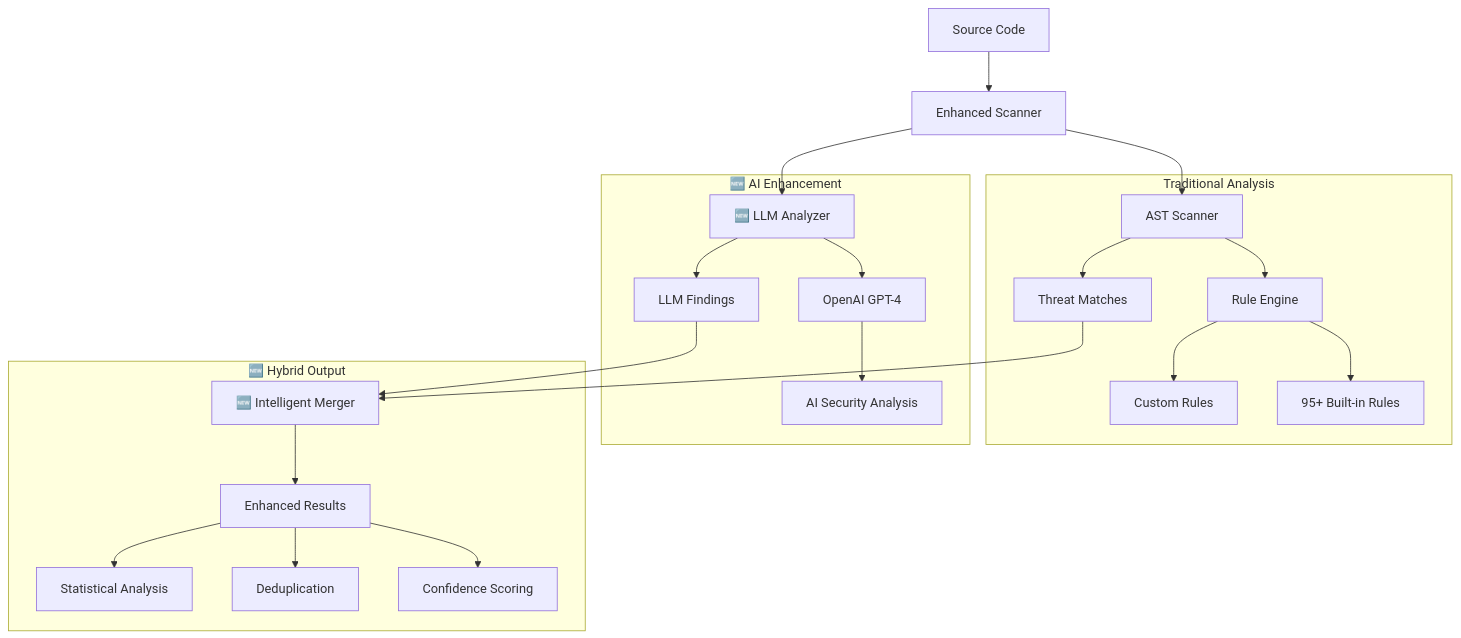
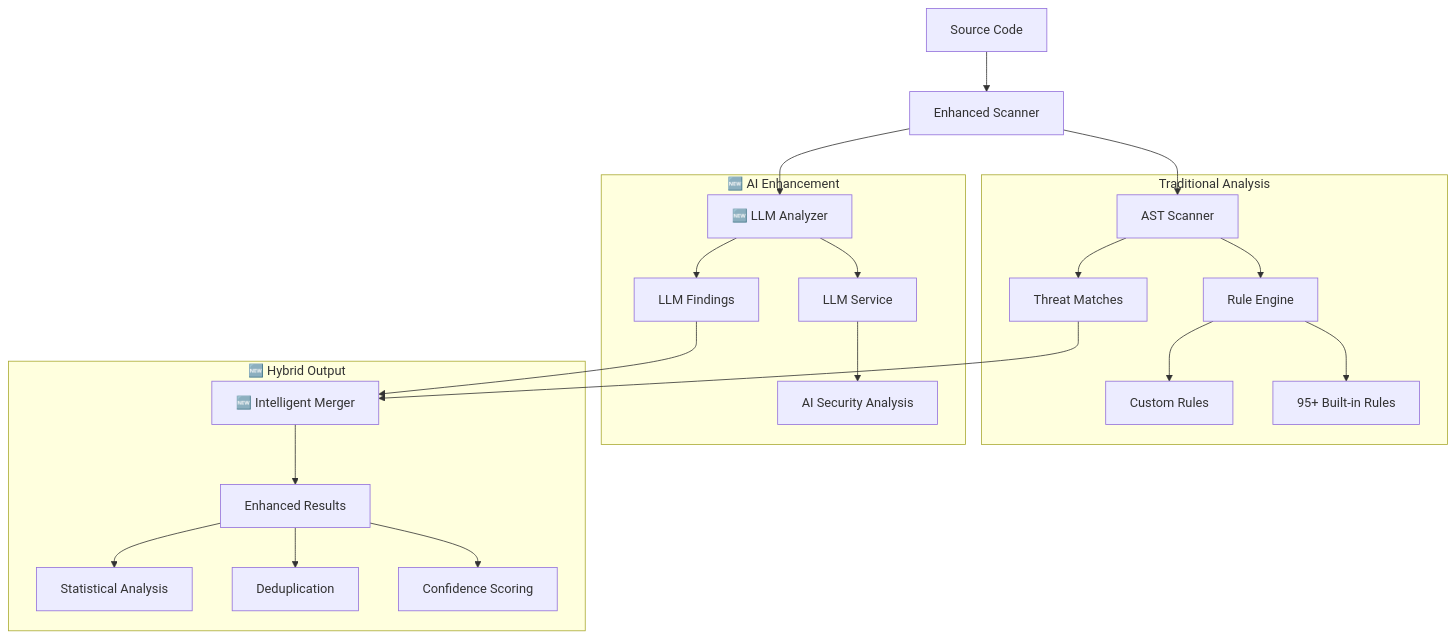
Before and after one commit to brettbergin/adversary-mcp-server: the diagram in README.md, drawn with Mermaid. The commit also changed other lines of this file and 3 other files, not shown here.

````diff
--- a/README.md
+++ b/README.md
@@ -463,47 +456,47 @@
 ```mermaid
 graph TB
     A[Source Code] --> B[Enhanced Scanner]
     B --> C[AST Scanner]
     B --> D[🆕 LLM Analyzer]
     
     C --> E[Rule Engine]
     E --> F[95+ Built-in Rules]
     E --> G[Custom Rules]
     
-    D --> H[OpenAI GPT-4]
+    D --> H[LLM Service]
     H --> I[AI Security Analysis]
     
     C --> J[Threat Matches]
     D --> K[LLM Findings]
     
     J --> L[🆕 Intelligent Merger]
     K --> L
     
     L --> M[Enhanced Results]
     M --> N[Confidence Scoring]
     M --> O[Deduplication]
     M --> P[Statistical Analysis]
     
     subgraph "🆕 AI Enhancement"
         D
         H
         I
         K
     end
     
     subgraph "Traditional Analysis"
         C
         E
         F
         G
         J
     end
     
     subgraph "🆕 Hybrid Output"
         L
         M
         N
         O
         P
     end
 ```
````
